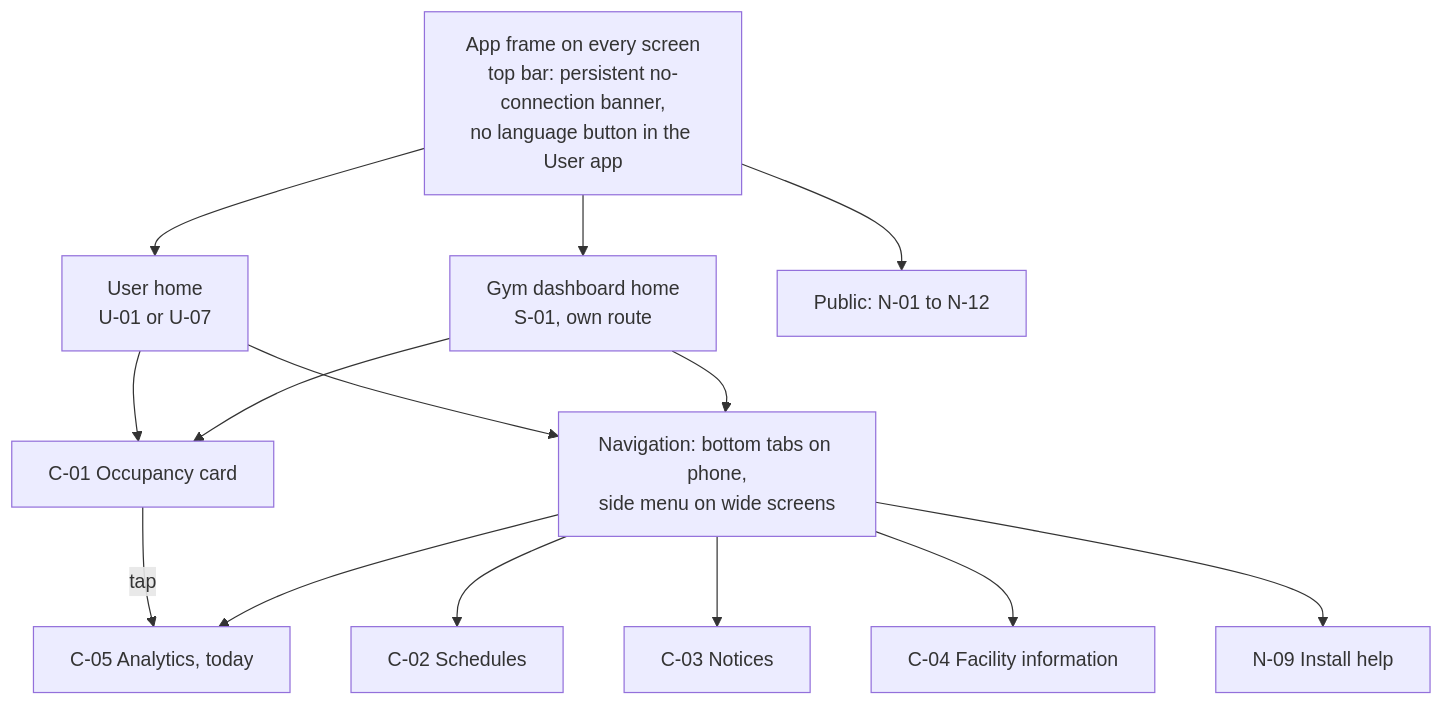
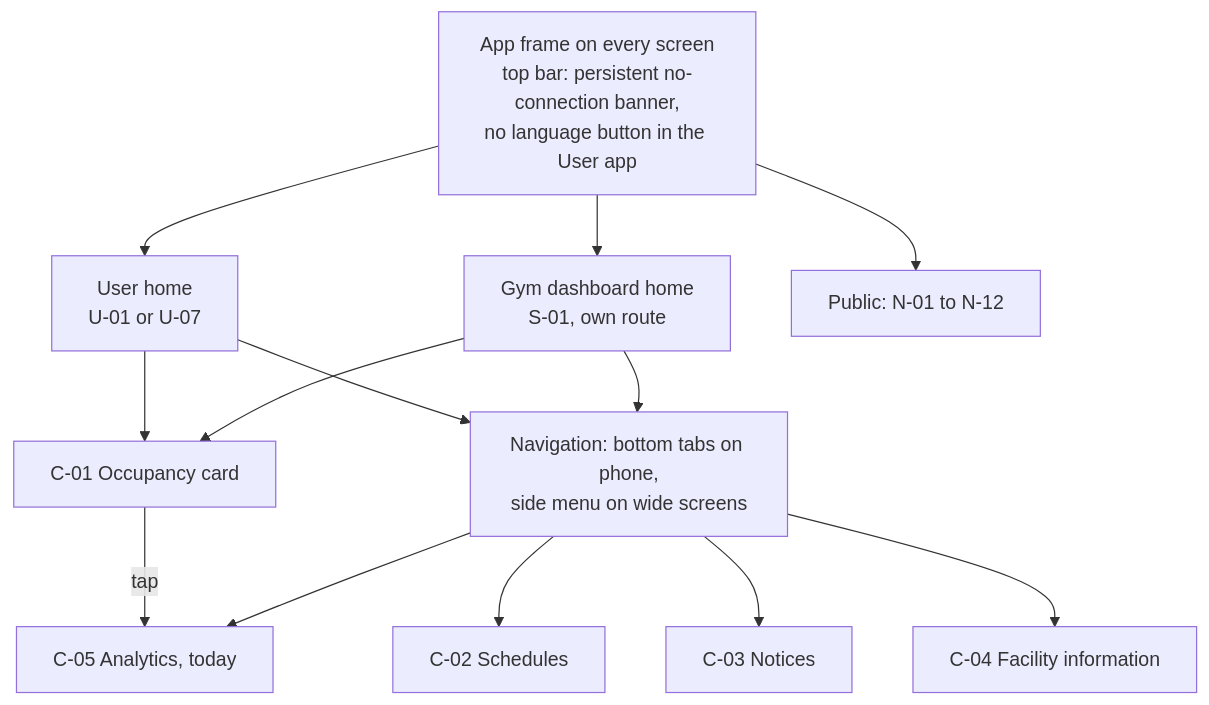
Before and after one commit to Th3-Minorities/natatorio-gym-app: the sixth of 7 diagrams in docs/design/screen-map.md, drawn with Mermaid. The commit also changed other lines of this file and 24 other files, not shown here.

Commit message:
Add N-09 install help, the web app manifest and an offline service worker, so Users can install the app and reopen it without a connection (part of #14, E-165)

````diff
--- a/docs/design/screen-map.md
+++ b/docs/design/screen-map.md
@@ -182,17 +181,16 @@
 ```mermaid
 flowchart TD
   FRAME["App frame on every screen<br/>top bar: persistent no-connection banner,<br/>no language button in the User app"]
   FRAME --> HU["User home<br/>U-01 or U-07"]
   FRAME --> HS["Gym dashboard home<br/>S-01, own route"]
   FRAME --> HP["Public: N-01 to N-12"]
   HU --> C01["C-01 Occupancy card"]
   HS --> C01
   C01 -->|"tap"| C05["C-05 Analytics, today"]
   HU --> NAV["Navigation: bottom tabs on phone,<br/>side menu on wide screens"]
   HS --> NAV
   NAV --> C02["C-02 Schedules"]
   NAV --> C03["C-03 Notices"]
   NAV --> C04["C-04 Facility information"]
   NAV --> C05
-  NAV --> N09["N-09 Install help"]
 ```
````
